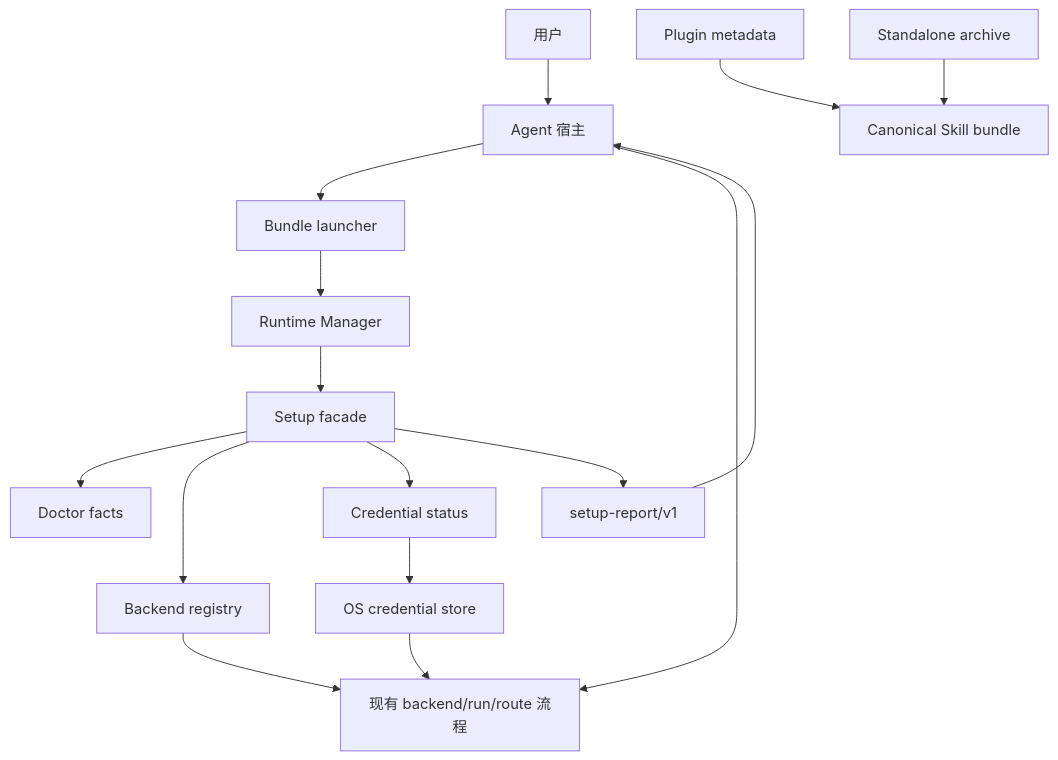
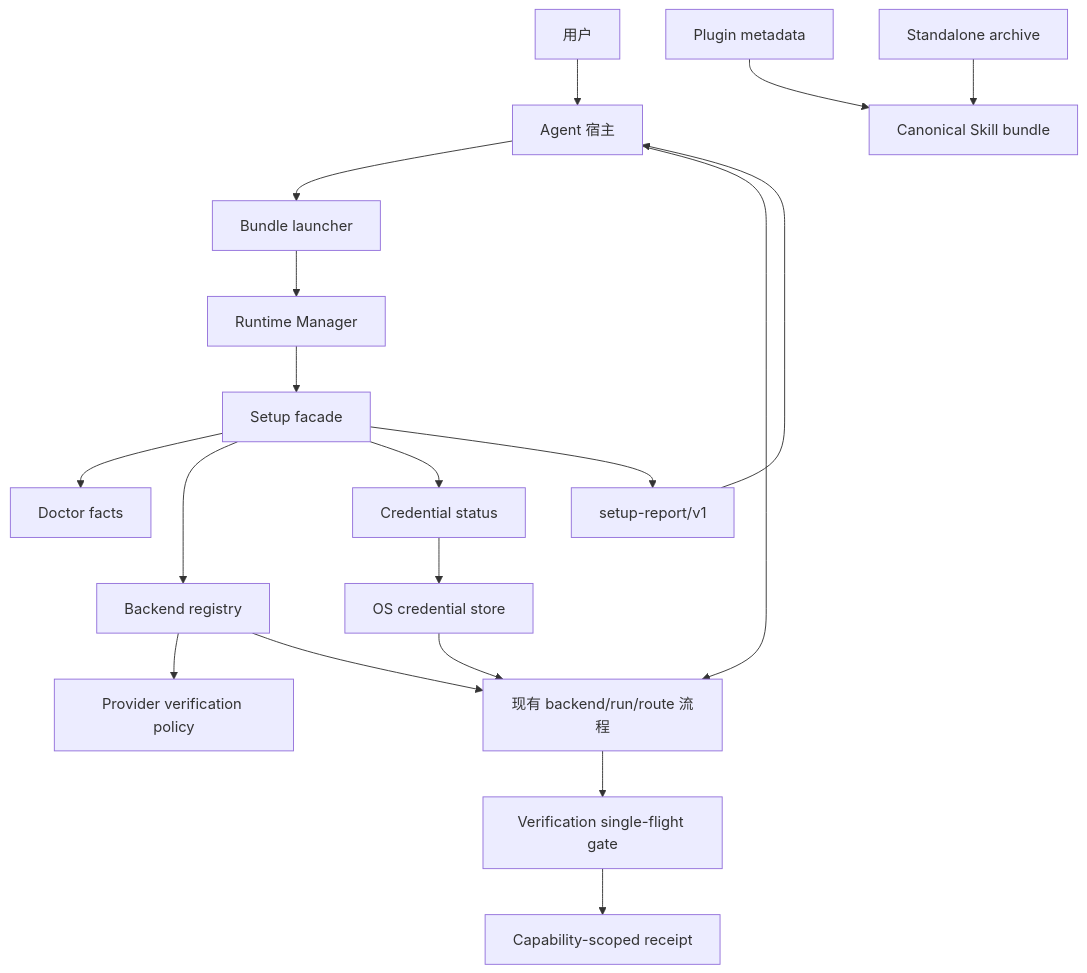
Before and after one commit to sunrain520/leo-ppt-generator: the first of 5 diagrams in docs/plans/2026-08-22-006-feature-frictionless-onboarding-and-distribution-plan.md, drawn with Mermaid. The commit also changed other lines of this file and 1098 other files, not shown here.

````diff
--- a/docs/plans/2026-08-22-006-feature-frictionless-onboarding-and-distribution-plan.md
+++ b/docs/plans/2026-08-22-006-feature-frictionless-onboarding-and-distribution-plan.md
@@ -173,18 +193,21 @@
 ```mermaid
 flowchart TB
   User[用户] --> Host[Agent 宿主]
   Host --> Launcher[Bundle launcher]
   Launcher --> RuntimeManager[Runtime Manager]
   RuntimeManager --> Setup[Setup facade]
   Setup --> Doctor[Doctor facts]
   Setup --> Registry[Backend registry]
+  Registry --> Policy[Provider verification policy]
   Setup --> AuthStatus[Credential status]
   AuthStatus --> OSStore[OS credential store]
   Setup --> Report[setup-report/v1]
   Host --> RunFlow[现有 backend/run/route 流程]
+  RunFlow --> VerifyGate[Verification single-flight gate]
+  VerifyGate --> Receipt[Capability-scoped receipt]
   Report --> Host
   Registry --> RunFlow
   OSStore --> RunFlow
   Plugin[Plugin metadata] --> CanonicalSkill[Canonical Skill bundle]
   Standalone[Standalone archive] --> CanonicalSkill
 ```
````
